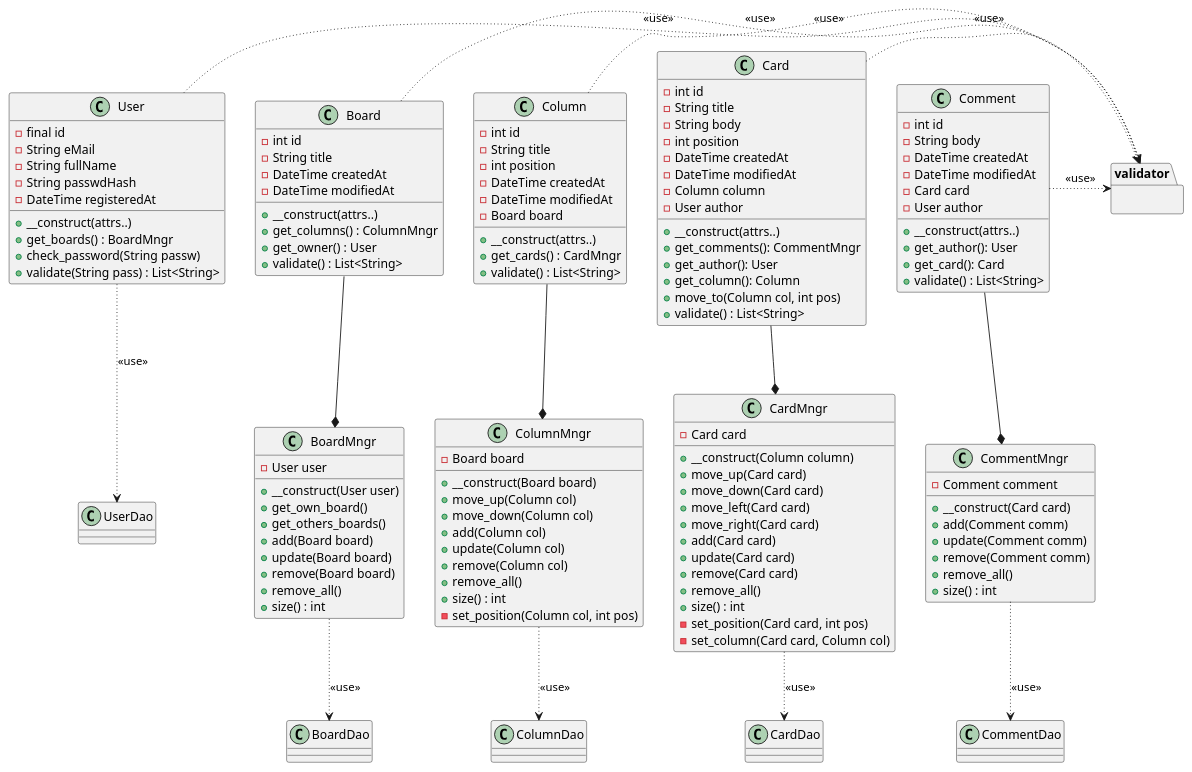
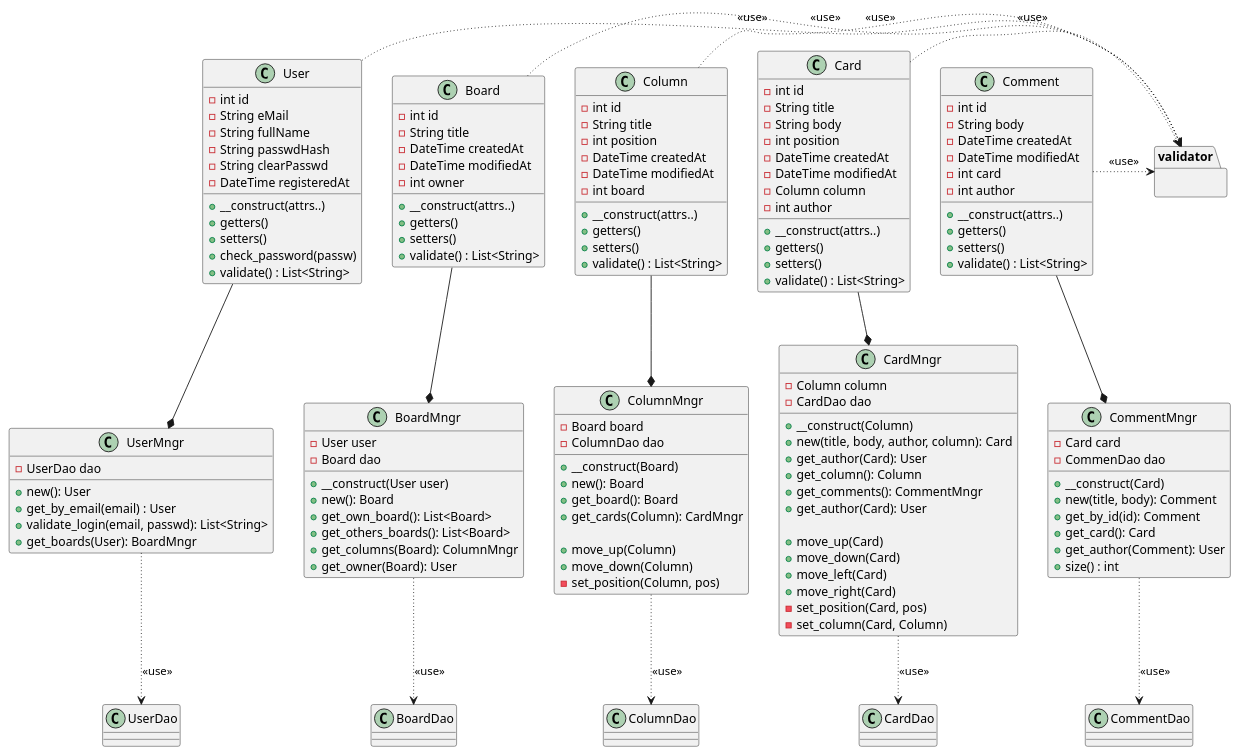
One commit to etic4/mini-trello-php changed the second of 4 diagrams in analyse/Diagrammes-V2.md. Above: the diagram before and after it, drawn with PlantUML. The commit also changed other lines of this file and 2 other files, not shown here.

Commit message:
Màj analyse V2

```diff
--- a/analyse/Diagrammes-V2.md
+++ b/analyse/Diagrammes-V2.md
@@ -73,12 +86,13 @@
 Column -[hidden]r Card
 Card -[hidden]r Comment
 
+UserMngr *-u- User
 BoardMngr *-u- Board
 ColumnMngr *-u- Column
 CardMngr *-u- Card
 CommentMngr *-u- Comment
 
-User -[dotted]-> UserDao: <<use>>
+UserMngr -[dotted]-> UserDao: <<use>>
 BoardMngr -[dotted]-> BoardDao: <<use>>
 ColumnMngr -[dotted]-> ColumnDao: <<use>>
 CardMngr -[dotted]-> CardDao: <<use>>
@@ -96,16 +110,18 @@
 'note top of User : "Il faut passer le passwd\nen clair à validate()"
 
 class User {
-    - final id
+    - int id
     - String eMail
     - String fullName
     - String passwdHash
+    - String clearPasswd
     - DateTime registeredAt
     
     + __construct(attrs..)
-    + get_boards() : BoardMngr
-    + check_password(String passw)
-    + validate(String pass) : List<String>
+    + getters()
+    + setters()
+    + check_password(passw)
+    + validate() : List<String>
 }
 
 class Board {
@@ -113,10 +129,11 @@
     - String title
     - DateTime createdAt
     - DateTime modifiedAt
+    - int owner
     
     + __construct(attrs..)
-    + get_columns() : ColumnMngr
-    + get_owner() : User
+    + getters()
+    + setters()
     + validate() : List<String>
 }
 
@@ -126,9 +143,11 @@
     - int position
     - DateTime createdAt
     - DateTime modifiedAt
-    - Board board
+    - int board
+
     + __construct(attrs..)
-    + get_cards() : CardMngr
+    + getters()
+    + setters()
     + validate() : List<String>
 }
 
@@ -140,13 +159,11 @@
     - DateTime createdAt
     - DateTime modifiedAt
     - Column column
-    - User author
+    - int author
     
     + __construct(attrs..)
-    + get_comments(): CommentMngr
-    + get_author(): User
-    + get_column(): Column
-    + move_to(Column col, int pos)
+    + getters()
+    + setters()
     + validate() : List<String>
 }
 
@@ -155,63 +172,77 @@
     - String body
     - DateTime createdAt
     - DateTime modifiedAt
-    - Card card
-    - User author
+    - int card
+    - int author
 
     + __construct(attrs..)
-    + get_author(): User
-    + get_card(): Card
+    + getters()
+    + setters()
     + validate() : List<String>
+}
+
+class UserMngr {
+    - UserDao dao
+    + new(): User
+    + get_by_email(email) : User
+    + validate_login(email, passwd): List<String>
+    + get_boards(User): BoardMngr
 }
 
 class BoardMngr {
     - User user
+    - Board dao
+
     + __construct(User user)
-    + get_own_board()
-    + get_others_boards()
-    + add(Board board)
-    + update(Board board)
-    + remove(Board board)
-    + remove_all()
-    + size() : int
+    + new(): Board
+    + get_own_board(): List<Board>
+    + get_others_boards(): List<Board>
+    + get_columns(Board): ColumnMngr
+    + get_owner(Board): User
 }
 
 class ColumnMngr {
     - Board board
-    + __construct(Board board)
-    + move_up(Column col)
-    + move_down(Column col)
-    + add(Column col)
-    + update(Column col)
-    + remove(Column col)
-    + remove_all()
-    + size() : int
-    - set_position(Column col, int pos)
+    - ColumnDao dao
+
+    + __construct(Board)
+    + new(): Board
+    + get_board(): Board
+    + get_cards(Column): CardMngr
+
+    + move_up(Column)
+    + move_down(Column)
+    - set_position(Column, pos)
 }
 
 class CardMngr {
-    - Card card
-    + __construct(Column column)
-    + move_up(Card card)
-    + move_down(Card card)
-    + move_left(Card card)
-    + move_right(Card card)
-    + add(Card card)
-    + update(Card card)
-    + remove(Card card)
-    + remove_all()
-    + size() : int
-    - set_position(Card card, int pos)
-    - set_column(Card card, Column col)
+    - Column column
+    - CardDao dao
+
+    + __construct(Column)
+    + new(title, body, author, column): Card
+    + get_author(Card): User
+    + get_column(): Column
+    + get_comments(): CommentMngr
+    + get_author(Card): User
+
+    + move_up(Card)
+    + move_down(Card)
+    + move_left(Card)
+    + move_right(Card)
+    - set_position(Card, pos)
+    - set_column(Card, Column)
 }
 
 class CommentMngr {
-    - Comment comment
-    + __construct(Card card)
-    + add(Comment comm)
-    + update(Comment comm)
-    + remove(Comment comm)
-    + remove_all()
+    - Card card
+    - CommenDao dao
+
+    + __construct(Card)
+    + new(title, body): Comment
+    + get_by_id(id): Comment
+    + get_card(): Card
+    + get_author(Comment): User
     + size() : int
 }
 
```
